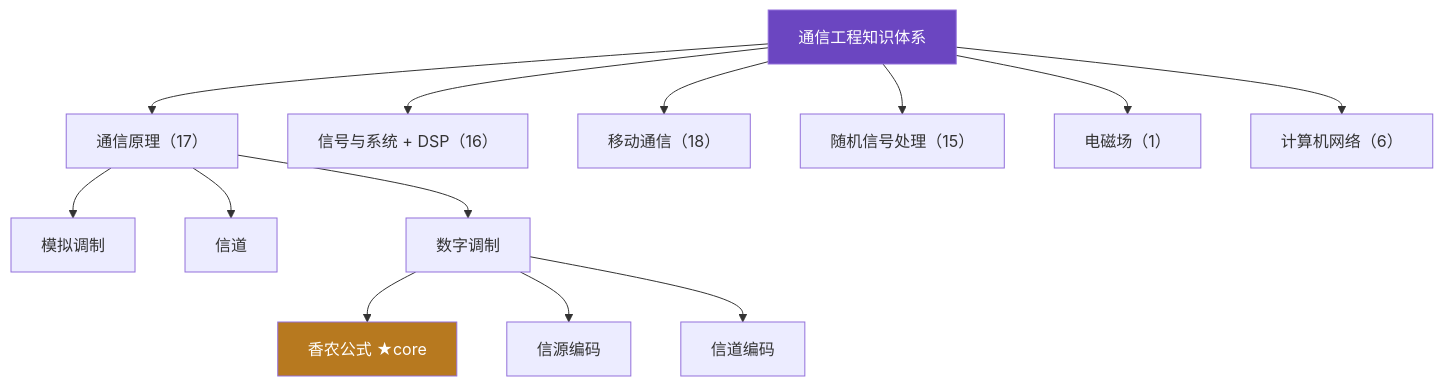
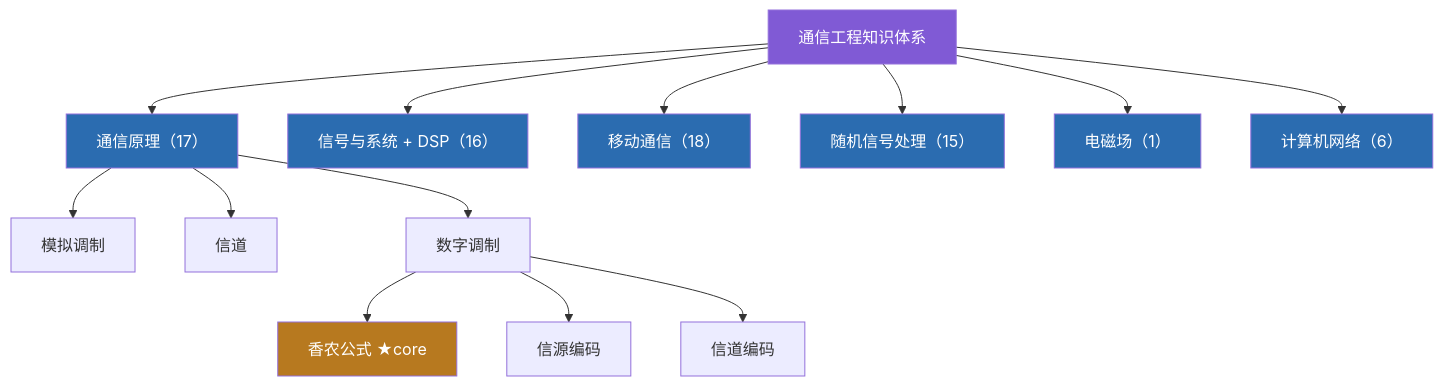
The fourth of 8 diagrams in README.md (Baixiaodou/comm-knowledge-graph), drawn with Mermaid before and after one commit. The commit also changed other lines of this file, not shown here.

Commit message:
docs: 修正统计（core 31/leaf 27、思维链 31、连接 271/跨树 76）并统一 mermaid 流程图风格

````diff
--- a/README.md
+++ b/README.md
@@ -208,19 +209,25 @@
 ```mermaid
-graph TB
+flowchart TB
     ROOT[通信工程知识体系] --> COMM[通信原理（17）]
     ROOT --> DSP[信号与系统 + DSP（16）]
     ROOT --> MOB[移动通信（18）]
     ROOT --> RSP[随机信号处理（15）]
     ROOT --> EMF[电磁场（1）]
     ROOT --> NET[计算机网络（6）]
 
     COMM --> C1[模拟调制]
     COMM --> C2[信道]
     COMM --> C3[数字调制]
     C3 --> C31[香农公式 ★core]
     C3 --> C32[信源编码]
     C3 --> C33[信道编码]
 
-    style ROOT fill:#6b46c1,color:#fff
+    style ROOT fill:#805ad5,color:#fff
+    style COMM fill:#2b6cb0,color:#fff
+    style DSP fill:#2b6cb0,color:#fff
+    style MOB fill:#2b6cb0,color:#fff
+    style RSP fill:#2b6cb0,color:#fff
+    style EMF fill:#2b6cb0,color:#fff
+    style NET fill:#2b6cb0,color:#fff
     style C31 fill:#b7791f,color:#fff
 ```
````
